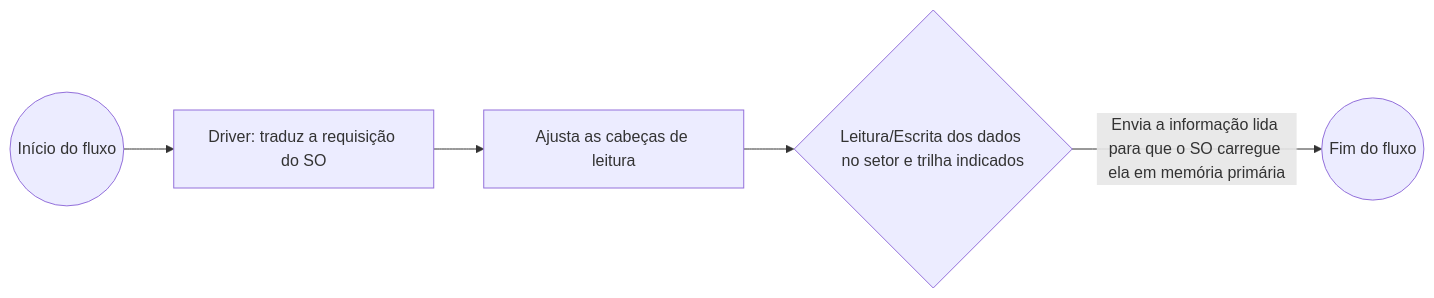
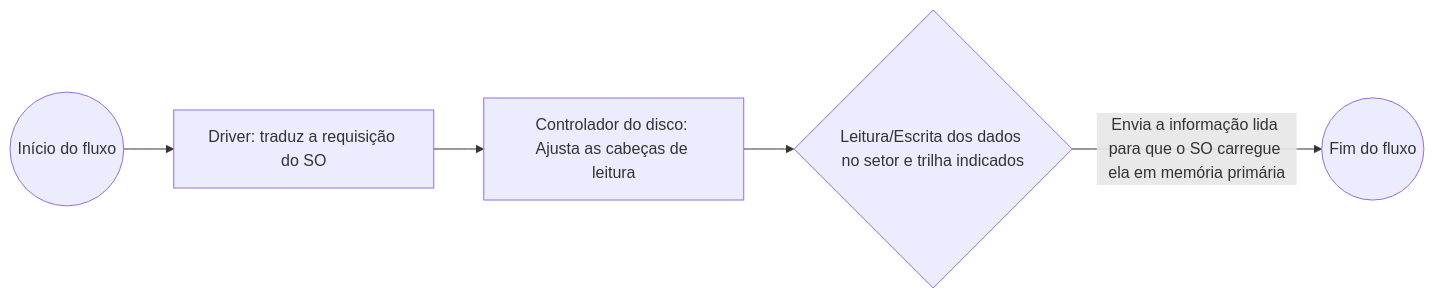
Before and after one commit to msrenan/Aulas: the first of 4 diagrams in Notas_de_aula/SO/Revisão P2.md, drawn with Mermaid. The commit also changed other lines of this file and 5 other files, not shown here.

````diff
--- a/Notas_de_aula/SO/Revisão P2.md
+++ b/Notas_de_aula/SO/Revisão P2.md
@@ -28,14 +28,14 @@
 ```mermaid
 flowchart LR
 
 start(("Início do fluxo"))
 driver["Driver: traduz a requisição do SO"]
-heads["Ajusta as cabeças de leitura"]
+heads["Controlador do disco: Ajusta as cabeças de leitura"]
 action{"Leitura/Escrita dos dados no setor e trilha indicados"}
 fim(("Fim do fluxo"))
 
 start --> driver
 driver --> heads
 heads --> action
 action -- "Envia a informação lida para que o SO carregue ela em memória primária" --> fim
 ```
````
